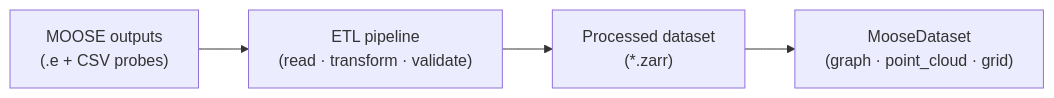
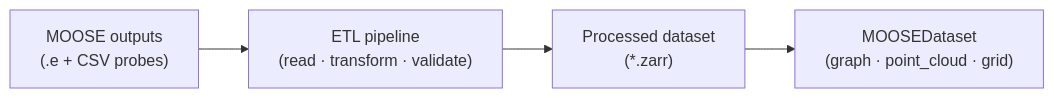
Before and after one commit to MengnanLi91/TH_HOLO_workflow: the first of 2 diagrams in docs/index.md, drawn with Mermaid. The commit also changed other lines of this file and 29 other files, not shown here.

````diff
--- a/docs/index.md
+++ b/docs/index.md
@@ -8,8 +8,8 @@
 ```{mermaid}
 flowchart LR
     A["MOOSE outputs<br/>(.e + CSV probes)"]
     B["ETL pipeline<br/>(read · transform · validate)"]
     C["Processed dataset<br/>(*.zarr)"]
-    D["MooseDataset<br/>(graph · point_cloud · grid)"]
+    D["MOOSEDataset<br/>(graph · point_cloud · grid)"]
     A --> B --> C --> D
 ```
````
